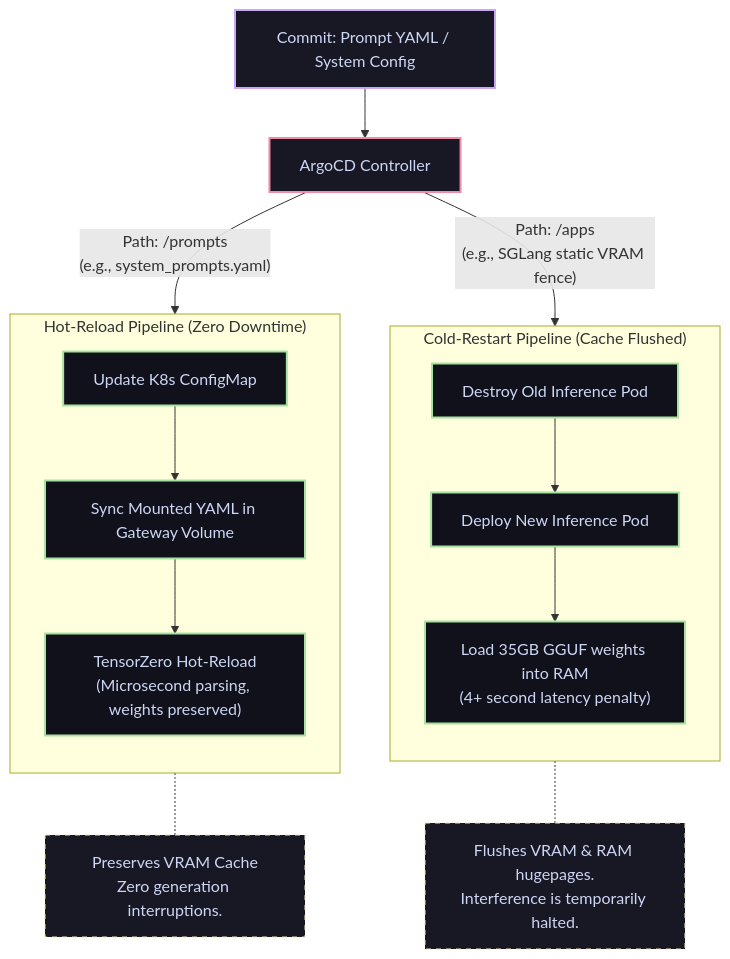
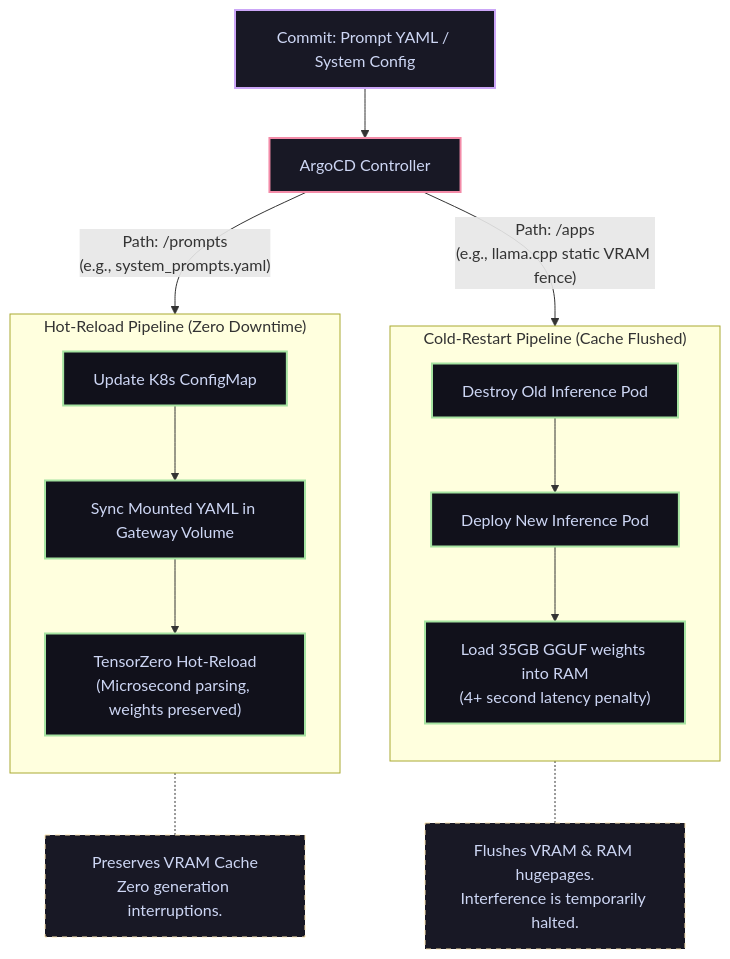
The diagram in docs/10. Observability, Telemetry & GitOps.md (foersben/janus-synapse-edge), drawn with Mermaid before and after one commit. The commit also changed other lines of this file and 8 other files, not shown here.

````diff
--- a/docs/10. Observability, Telemetry & GitOps.md
+++ b/docs/10. Observability, Telemetry & GitOps.md
@@ -51,38 +51,38 @@
 ```mermaid
 flowchart TD
     %% GitOps Hot-Reload vs Cold-Restart
     classDef git fill:#181825,stroke:#cba6f7,stroke-width:2px,color:#cdd6f4
     classDef argo fill:#181825,stroke:#f38ba8,stroke-width:2px,color:#cdd6f4
     classDef pod fill:#11111b,stroke:#a6e3a1,stroke-width:2px,color:#cdd6f4
     classDef note fill:#181825,stroke:#f9e2af,stroke-width:1px,stroke-dasharray: 5 5,color:#cdd6f4
 
     Commit["Commit: Prompt YAML / System Config"]:::git
     ArgoCD["ArgoCD Controller"]:::argo
 
     Commit --> ArgoCD
 
     ArgoCD -- "Path: /prompts<br/>(e.g., system_prompts.yaml)" --> HotReload
-    ArgoCD -- "Path: /apps<br/>(e.g., SGLang static VRAM fence)" --> ColdStart
+    ArgoCD -- "Path: /apps<br/>(e.g., llama.cpp static VRAM fence)" --> ColdStart
 
     subgraph HotReload["Hot-Reload Pipeline (Zero Downtime)"]
         direction TB
         ConfigMap["Update K8s ConfigMap"]:::pod
         Mount["Sync Mounted YAML in Gateway Volume"]:::pod
         Reload["TensorZero Hot-Reload<br/>(Microsecond parsing, weights preserved)"]:::pod
         ConfigMap --> Mount --> Reload
     end
 
     subgraph ColdStart["Cold-Restart Pipeline (Cache Flushed)"]
         direction TB
         Destroy["Destroy Old Inference Pod"]:::pod
         Deploy["Deploy New Inference Pod"]:::pod
         Load["Load 35GB GGUF weights into RAM<br/>(4+ second latency penalty)"]:::pod
         Destroy --> Deploy --> Load
     end
 
     HotNote["Preserves VRAM Cache<br/>Zero generation interruptions."]:::note
     ColdNote["Flushes VRAM & RAM hugepages.<br/>Interference is temporarily halted."]:::note
 
     HotReload -.- HotNote
     ColdStart -.- ColdNote
 ```
````
